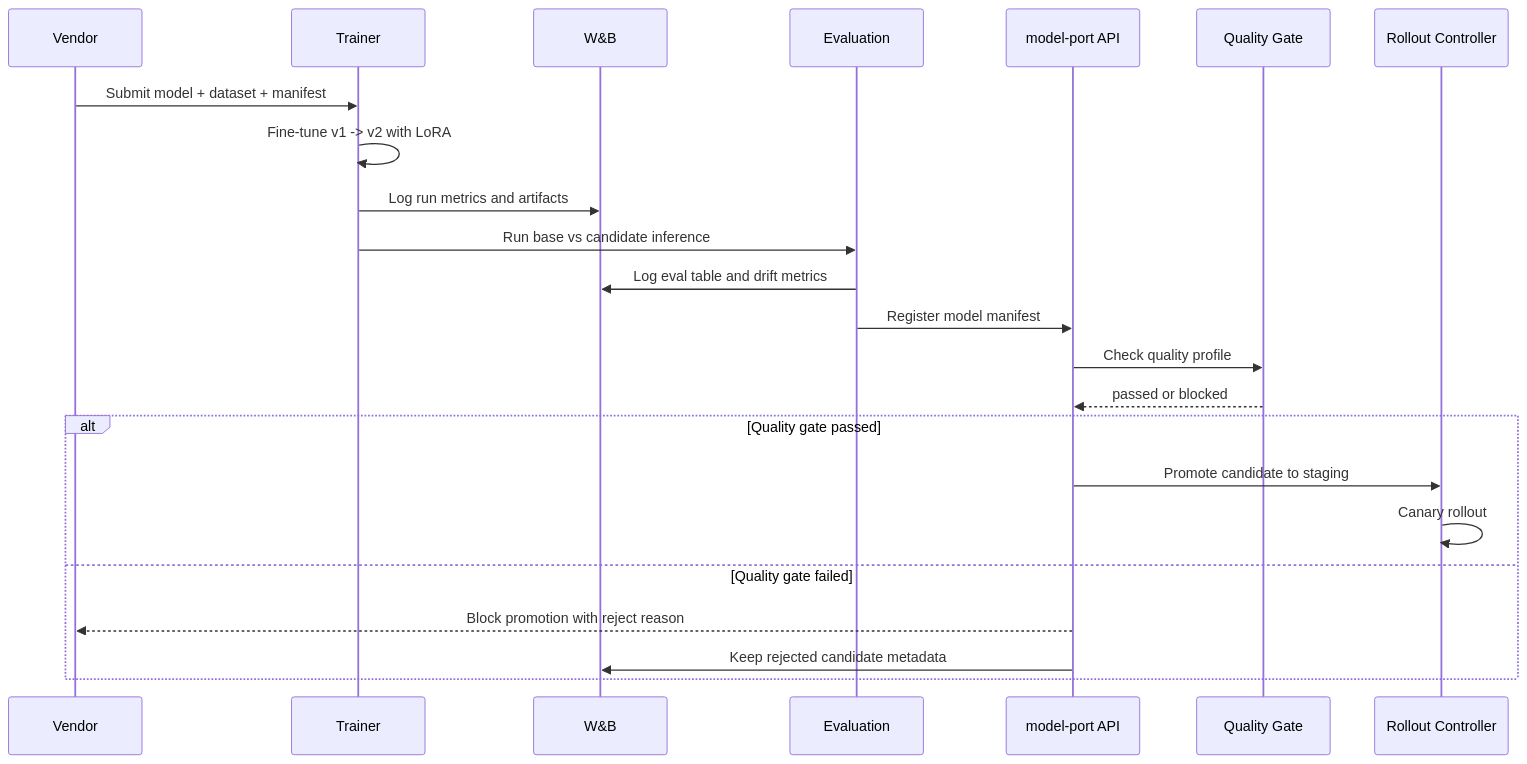
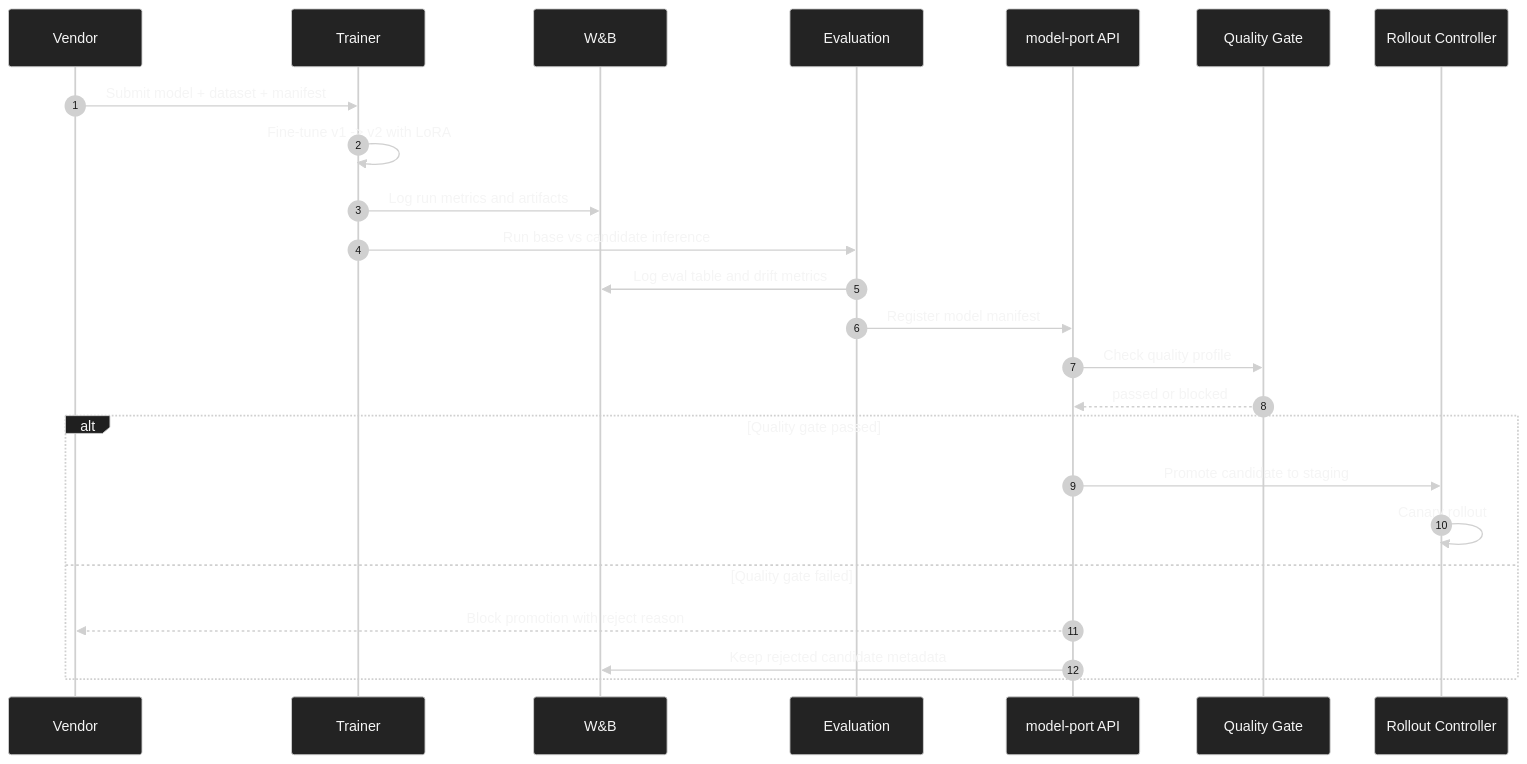
One commit to ziwon/model-port-gateway changed the fifth of 5 diagrams in docs/README.md. Above: the diagram before and after it, drawn with Mermaid. The commit also changed other lines of this file, not shown here.

Commit message:
docs(architecture): restyle diagrams

````diff
--- a/docs/README.md
+++ b/docs/README.md
@@ -157,27 +238,29 @@
 ```mermaid
+%%{init: {"theme": "base", "themeVariables": {"background": "#171717", "primaryColor": "#232323", "primaryTextColor": "#f5f5f5", "primaryBorderColor": "#d0d0d0", "lineColor": "#cfcfcf", "actorBkg": "#232323", "actorTextColor": "#f5f5f5", "actorBorder": "#d0d0d0", "actorLineColor": "#d0d0d0", "activationBkgColor": "#52676b", "activationBorderColor": "#d0d0d0", "sequenceNumberColor": "#171717", "sequenceNumberBackground": "#d0d0d0", "signalColor": "#d0d0d0", "signalTextColor": "#f5f5f5", "labelBoxBkgColor": "#1f1f1f", "labelBoxBorderColor": "#d0d0d0", "labelTextColor": "#f5f5f5", "loopTextColor": "#f5f5f5", "noteBkgColor": "#62164d", "noteBorderColor": "#d0d0d0", "noteTextColor": "#f5f5f5", "fontFamily": "Inter, Arial, sans-serif"}}}%%
 sequenceDiagram
+  autonumber
   participant Vendor
   participant Trainer
   participant WNB as W&B
   participant Eval as Evaluation
   participant API as model-port API
   participant Gate as Quality Gate
   participant Rollout as Rollout Controller
 
   Vendor->>Trainer: Submit model + dataset + manifest
   Trainer->>Trainer: Fine-tune v1 -> v2 with LoRA
   Trainer->>WNB: Log run metrics and artifacts
   Trainer->>Eval: Run base vs candidate inference
   Eval->>WNB: Log eval table and drift metrics
   Eval->>API: Register model manifest
   API->>Gate: Check quality profile
   Gate-->>API: passed or blocked
 
   alt Quality gate passed
     API->>Rollout: Promote candidate to staging
     Rollout->>Rollout: Canary rollout
   else Quality gate failed
     API-->>Vendor: Block promotion with reject reason
     API->>WNB: Keep rejected candidate metadata
   end
 ```
````
